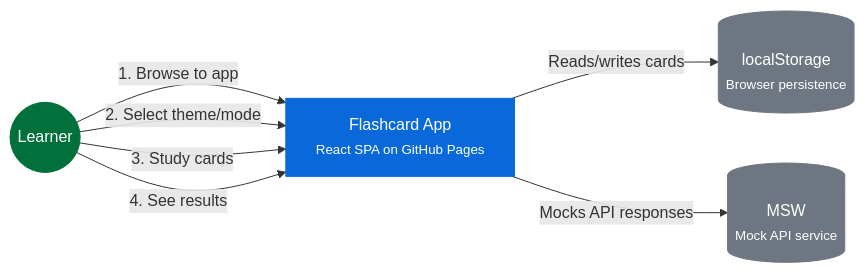
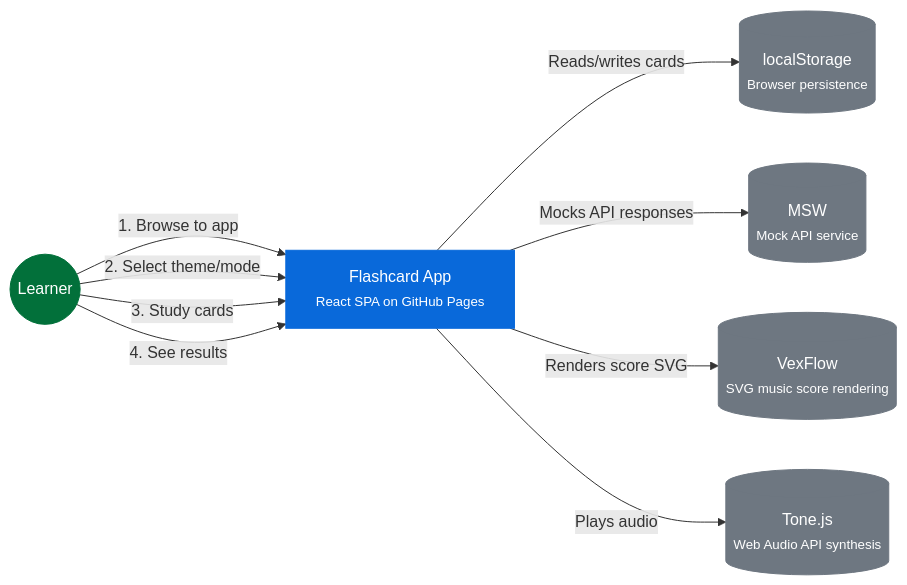
The diagram in apps/flashcards/docs/how/c4/system-context.md (dsissoko/oneticket-core), drawn with Mermaid before and after one commit. The commit also changed other lines of this file and 1 other file, not shown here.

````diff
--- a/apps/flashcards/docs/how/c4/system-context.md
+++ b/apps/flashcards/docs/how/c4/system-context.md
@@ -3,26 +7,32 @@
 ```mermaid
 graph LR
     %% People
     Learner(("Learner"))
 
     %% System
     FlashcardApp["Flashcard App<br/><small>React SPA on GitHub Pages</small>"]
 
     %% External systems
     localStorage[("localStorage<br/><small>Browser persistence</small>")]
     MSW[("MSW<br/><small>Mock API service</small>")]
+    VexFlow[("VexFlow<br/><small>SVG music score rendering</small>")]
+    ToneJS[("Tone.js<br/><small>Web Audio API synthesis</small>")]
 
     %% Interactions
     Learner -->|1. Browse to app| FlashcardApp
     Learner -->|2. Select theme/mode| FlashcardApp
     Learner -->|3. Study cards| FlashcardApp
     Learner -->|4. See results| FlashcardApp
 
     FlashcardApp -->|Reads/writes cards| localStorage
     FlashcardApp -->|Mocks API responses| MSW
+    FlashcardApp -->|Renders score SVG| VexFlow
+    FlashcardApp -->|Plays audio| ToneJS
 
     style Learner fill:#02703a,stroke:#02703a,color:#fff
     style FlashcardApp fill:#0969da,stroke:#0969da,color:#fff
     style localStorage fill:#6e7781,stroke:#6e7781,color:#fff
     style MSW fill:#6e7781,stroke:#6e7781,color:#fff
+    style VexFlow fill:#6e7781,stroke:#6e7781,color:#fff
+    style ToneJS fill:#6e7781,stroke:#6e7781,color:#fff
 ```
````
